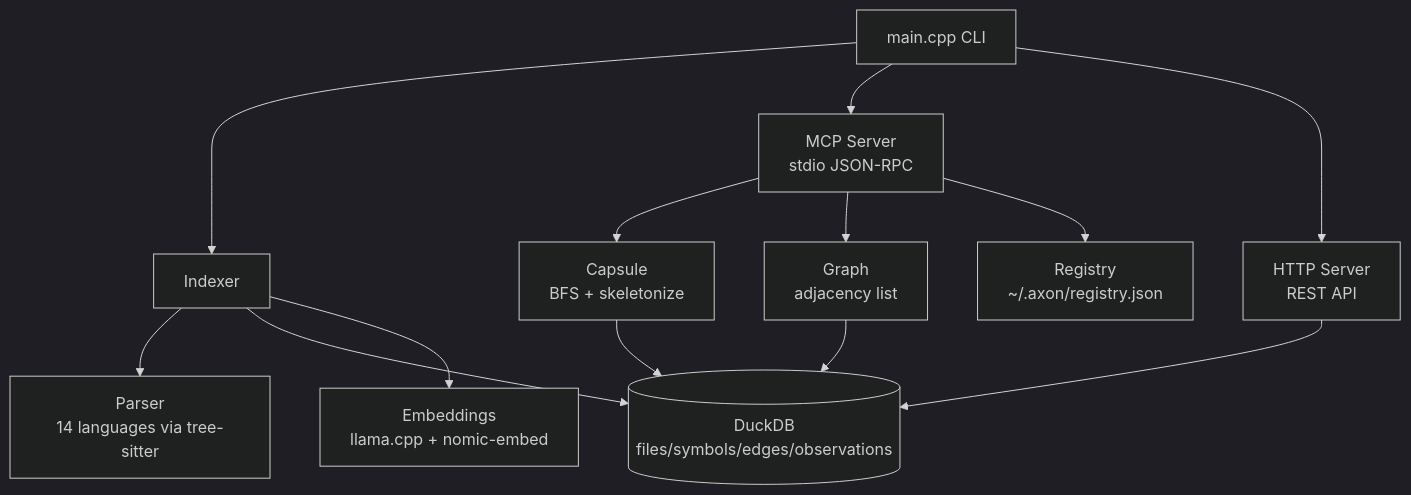
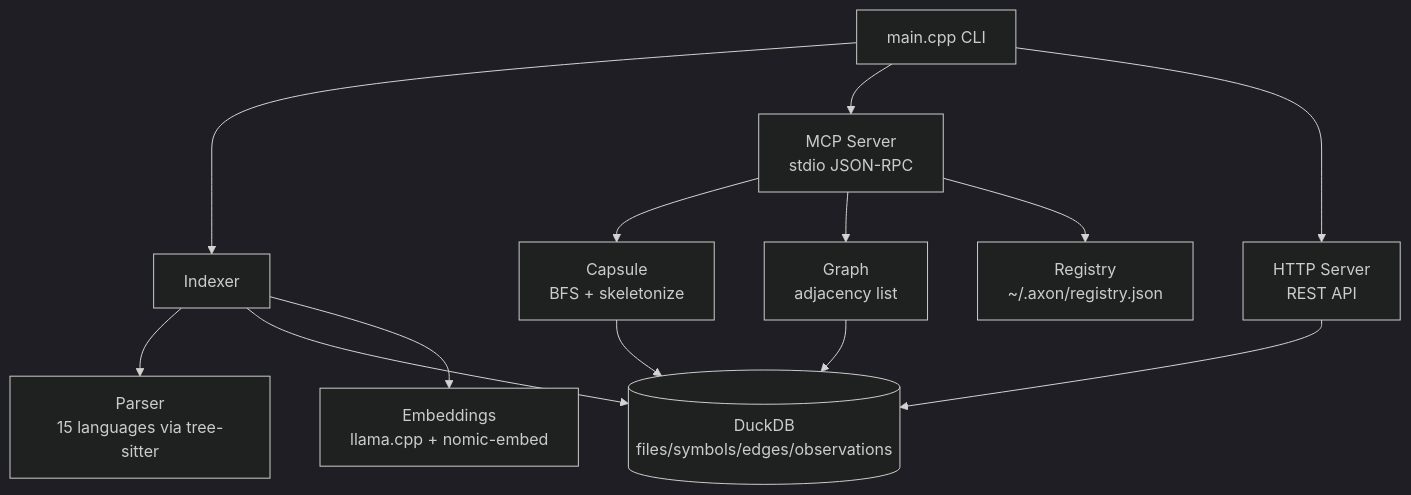
The second of 2 diagrams in README.md (HideakiSolutions/axon), drawn with Mermaid (dark theme) before and after one commit. The commit also changed other lines of this file and 11 other files, not shown here.

````diff
--- a/README.md
+++ b/README.md
@@ -429,15 +430,15 @@
 ```mermaid
 graph TD
     CLI[main.cpp CLI] --> IDX[Indexer]
     CLI --> MCP[MCP Server\nstdio JSON-RPC]
     CLI --> HTTP[HTTP Server\nREST API]
-    IDX --> PARSER[Parser\n14 languages via tree-sitter]
+    IDX --> PARSER[Parser\n15 languages via tree-sitter]
     IDX --> DB[(DuckDB\nfiles/symbols/edges/observations)]
     IDX --> EMB[Embeddings\nllama.cpp + nomic-embed]
     MCP --> CAPS[Capsule\nBFS + skeletonize]
     MCP --> GRAPH[Graph\nadjacency list]
     MCP --> REG[Registry\n~/.axon/registry.json]
     HTTP --> DB
     CAPS --> DB
     GRAPH --> DB
 ```
````
